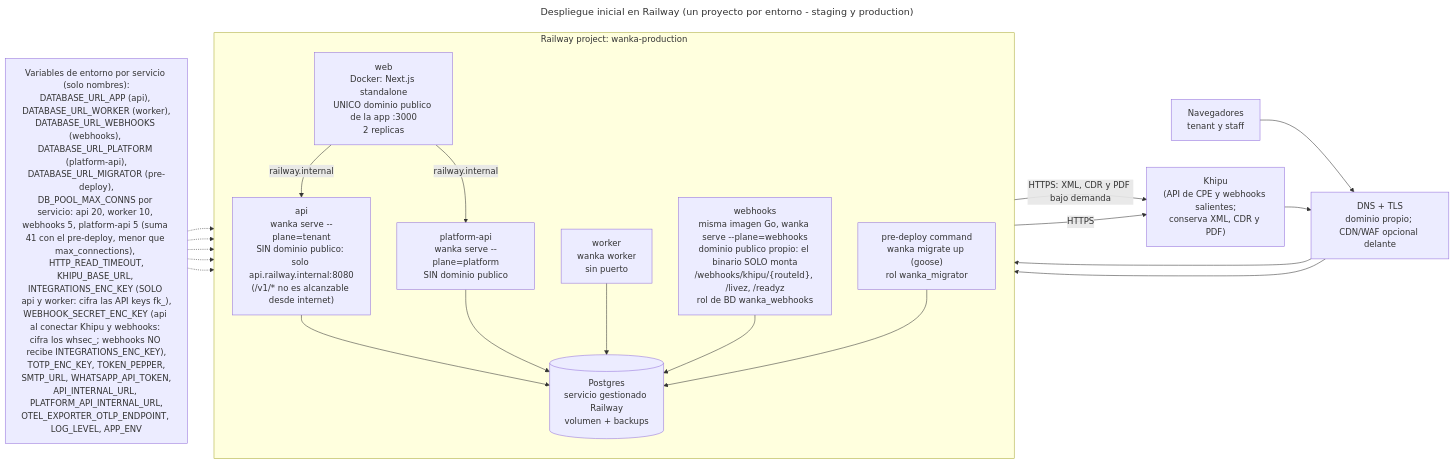
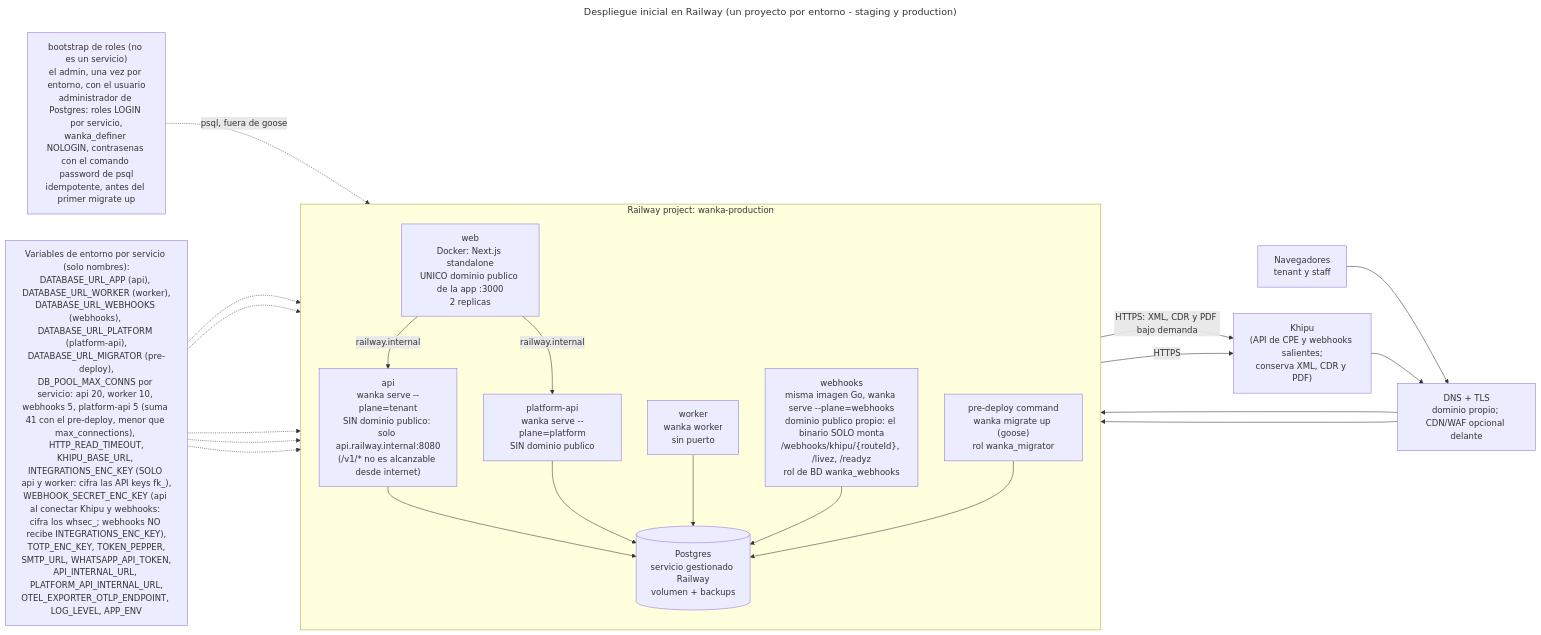
Before and after one commit to bacsystem/wanka: the diagram in docs/architecture/deployment/railway.mmd, drawn with Mermaid. The commit also changed 12 other files, not shown here.

First line of the commit message:
docs(arch): resolver 4 inconsistencias del kernel (roles, membresia, base caida, idempotencia)

```diff
--- a/docs/architecture/deployment/railway.mmd
+++ b/docs/architecture/deployment/railway.mmd
@@ -1,37 +1,40 @@
 ---
 title: Despliegue inicial en Railway (un proyecto por entorno - staging y production)
 ---
 flowchart LR
   user["Navegadores<br/>tenant y staff"]
   khipu["Khipu<br/>(API de CPE y webhooks salientes;<br/>conserva XML, CDR y PDF)"]
   dns["DNS + TLS<br/>dominio propio; CDN/WAF opcional delante"]
 
   subgraph railway["Railway project: wanka-production"]
     direction TB
     web["web<br/>Docker: Next.js standalone<br/>UNICO dominio publico de la app :3000<br/>2 replicas"]
     webhooks["webhooks<br/>misma imagen Go, wanka serve --plane=webhooks<br/>dominio publico propio: el binario SOLO monta<br/>/webhooks/khipu/{routeId}, /livez, /readyz<br/>rol de BD wanka_webhooks"]
     api["api<br/>wanka serve --plane=tenant<br/>SIN dominio publico: solo api.railway.internal:8080<br/>(/v1/* no es alcanzable desde internet)"]
     papi["platform-api<br/>wanka serve --plane=platform<br/>SIN dominio publico"]
     worker["worker<br/>wanka worker<br/>sin puerto"]
     migrate["pre-deploy command<br/>wanka migrate up (goose)<br/>rol wanka_migrator"]
     pg[("Postgres<br/>servicio gestionado Railway<br/>volumen + backups")]
   end
 
+  bootstrap["bootstrap de roles (no es un servicio)<br/>el admin, una vez por entorno, con el usuario<br/>administrador de Postgres: roles LOGIN por servicio,<br/>wanka_definer NOLOGIN, contrasenas con el comando password de psql<br/>idempotente, antes del primer migrate up"]
+
   secrets["Variables de entorno por servicio (solo nombres):<br/>DATABASE_URL_APP (api), DATABASE_URL_WORKER (worker),<br/>DATABASE_URL_WEBHOOKS (webhooks), DATABASE_URL_PLATFORM (platform-api),<br/>DATABASE_URL_MIGRATOR (pre-deploy),<br/>DB_POOL_MAX_CONNS por servicio: api 20, worker 10, webhooks 5, platform-api 5 (suma 41 con el pre-deploy, menor que max_connections), HTTP_READ_TIMEOUT,<br/>KHIPU_BASE_URL, INTEGRATIONS_ENC_KEY (SOLO api y worker: cifra las API keys fk_),<br/>WEBHOOK_SECRET_ENC_KEY (api al conectar Khipu y webhooks: cifra los whsec_; webhooks NO recibe INTEGRATIONS_ENC_KEY),<br/>TOTP_ENC_KEY, TOKEN_PEPPER,<br/>SMTP_URL, WHATSAPP_API_TOKEN,<br/>API_INTERNAL_URL, PLATFORM_API_INTERNAL_URL,<br/>OTEL_EXPORTER_OTLP_ENDPOINT, LOG_LEVEL, APP_ENV"]
 
   user --> dns --> web
   khipu --> dns --> webhooks
   web -->|"railway.internal"| api
   web -->|"railway.internal"| papi
   api --> pg
   papi --> pg
   worker --> pg
   webhooks --> pg
   migrate --> pg
+  bootstrap -.->|"psql, fuera de goose"| pg
   api -->|"HTTPS: XML, CDR y PDF bajo demanda"| khipu
   worker -->|"HTTPS"| khipu
   secrets -.-> api
   secrets -.-> papi
   secrets -.-> worker
   secrets -.-> webhooks
   secrets -.-> web
```
